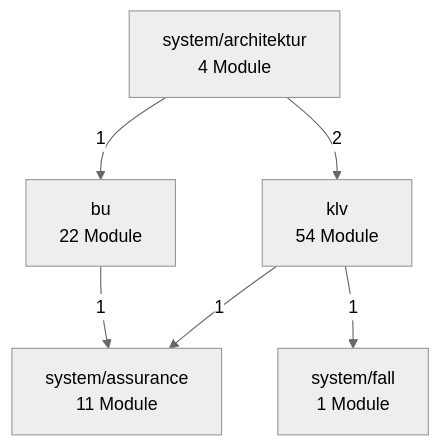
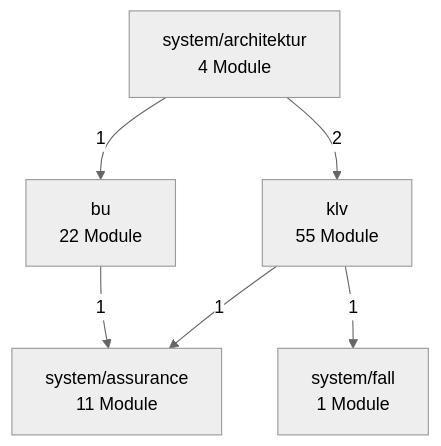
The second of 3 diagrams in docs/architektur/landkarte.md (bartlmac/rechner-pipeline), drawn with Mermaid (neutral theme) before and after one commit. The commit also changed other lines of this file and 7 other files, not shown here.

````diff
--- a/docs/architektur/landkarte.md
+++ b/docs/architektur/landkarte.md
@@ -73,14 +73,14 @@
 ```mermaid
 %% Fachknoten — erzeugt von ontologie.landkarte
 flowchart TD
     bu["bu<br/>22 Module"]
-    klv["klv<br/>54 Module"]
+    klv["klv<br/>55 Module"]
     system_architektur["system/architektur<br/>4 Module"]
     system_assurance["system/assurance<br/>11 Module"]
     system_fall["system/fall<br/>1 Module"]
     bu -- 1 --> system_assurance
     klv -- 1 --> system_assurance
     klv -- 1 --> system_fall
     system_architektur -- 1 --> bu
     system_architektur -- 2 --> klv
 ```
````
